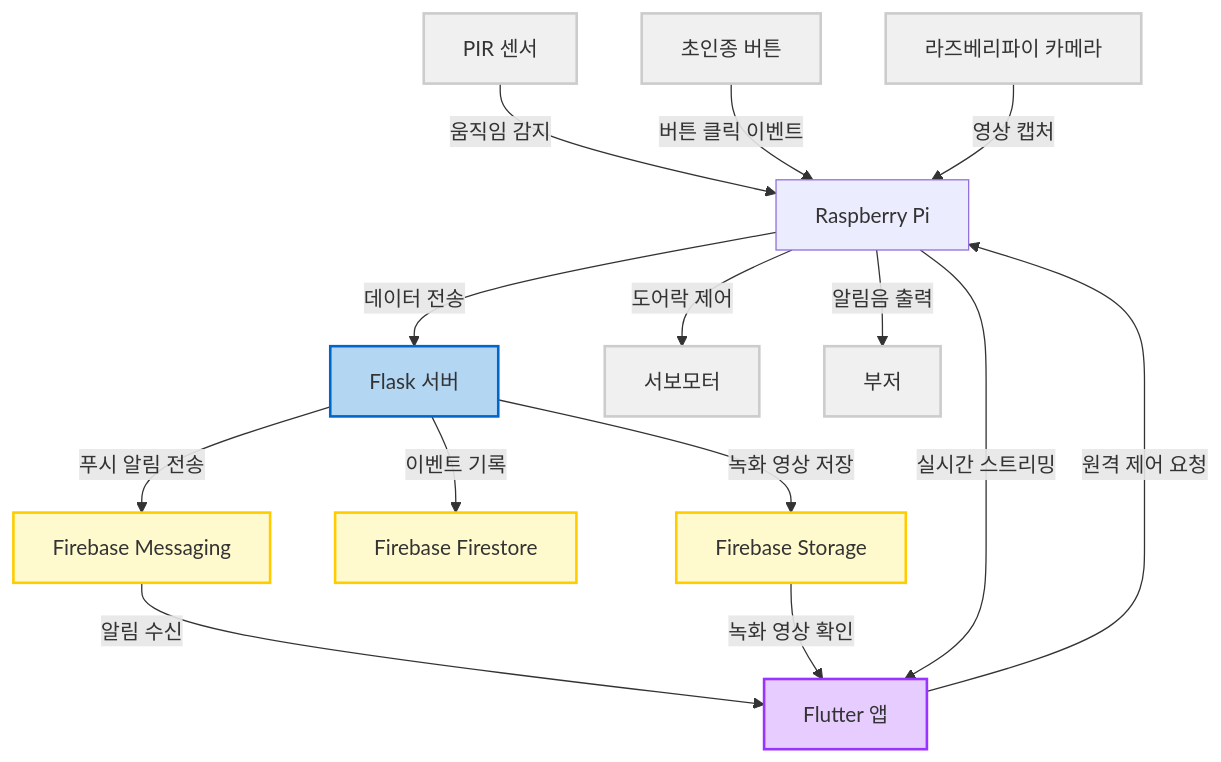
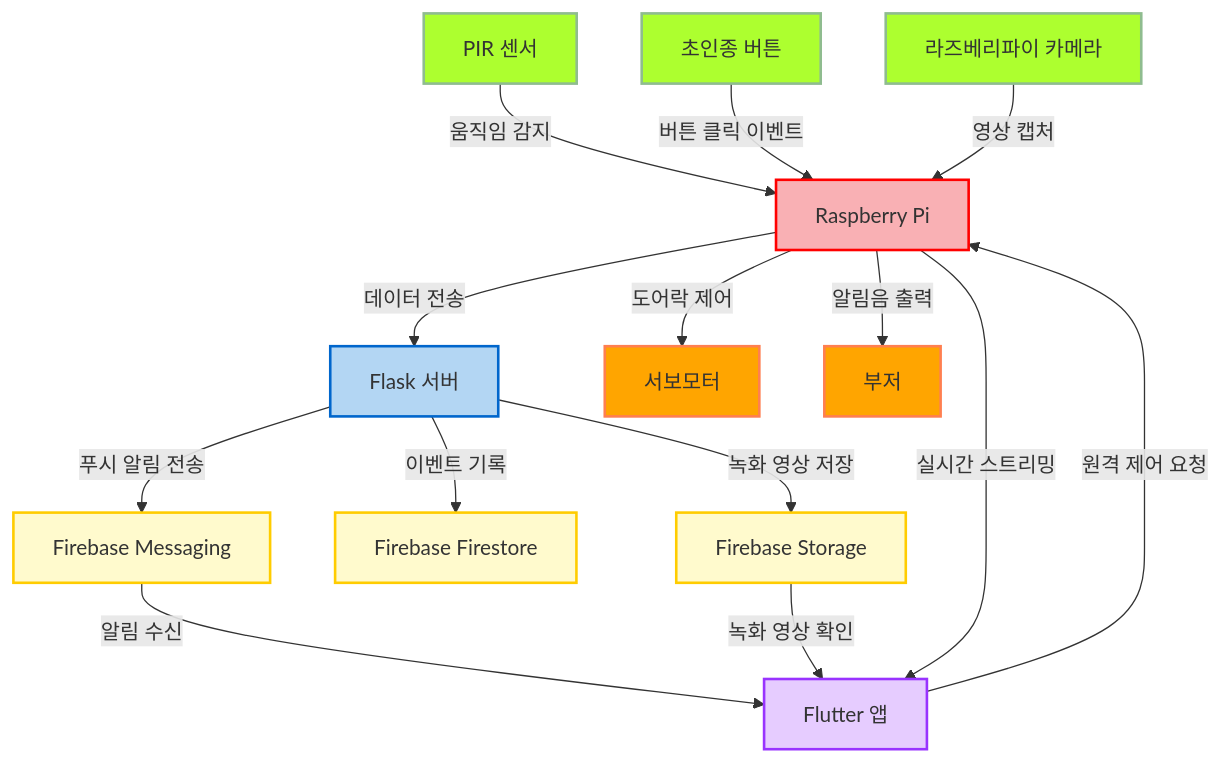
The diagram in README.md (EmbeddedSDB/SDB), drawn with Mermaid before and after one commit. The commit also changed other lines of this file, not shown here.

Commit message:
[jsy0605] 순서 변경 및 내용 추가

````diff
--- a/README.md
+++ b/README.md
@@ -98,35 +149,30 @@
 ```mermaid
 graph TD
-    %% 노드 정의
     A[PIR 센서] -->|움직임 감지| B[Raspberry Pi]
     C[초인종 버튼] -->|버튼 클릭 이벤트| B
     D[라즈베리파이 카메라] -->|영상 캡처| B
     B -->|데이터 전송| E[Flask 서버]
     E -->|녹화 영상 저장| F[Firebase Storage]
     E -->|이벤트 기록| G[Firebase Firestore]
     E -->|푸시 알림 전송| H[Firebase Messaging]
     H -->|알림 수신| I[Flutter 앱]
     F -->|녹화 영상 확인| I
     B -->|실시간 스트리밍| I
     I -->|원격 제어 요청| B
     B -->|도어락 제어| J[서보모터]
     B -->|알림음 출력| K[부저]
 
-    %% 스타일 정의
-    classDef hardware fill:#f0f0f0,stroke:#cccccc,stroke-width:2px;
+    classDef sensor fill:#ADFF2F,stroke:#8FBC8F,stroke-width:2px;
     classDef raspberrypi fill:#f9b0b4,stroke:#ff0000,stroke-width:2px;
-    classDef raspberrypi_alt fill:#aef0b0,stroke:#00cc00,stroke-width:2px;
     classDef flask fill:#b3d6f3,stroke:#0066cc,stroke-width:2px;
-    classDef firebase fill:#fffacd,stroke:#ffcc00,stroke-width:2px; 
+    classDef firebase fill:#fffacd,stroke:#ffcc00,stroke-width:2px;
     classDef flutter fill:#e6ccff,stroke:#9933ff,stroke-width:2px;
+    classDef actuator fill:#FFA500,stroke:#FF7F50,stroke-width:2px;
 
-    %% 스타일 적용
-    class A,C,D hardware;
-    class B raspberrypi,raspberrypi_alt;
+    class A,C,D sensor;
+    class B raspberrypi;
     class E flask;
     class F,G,H firebase;
     class I flutter;
-    class J,K hardware;
-
-
+    class J,K actuator;
 ```
````
